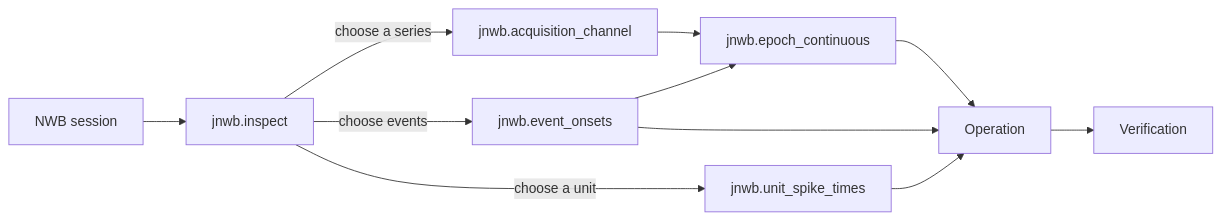
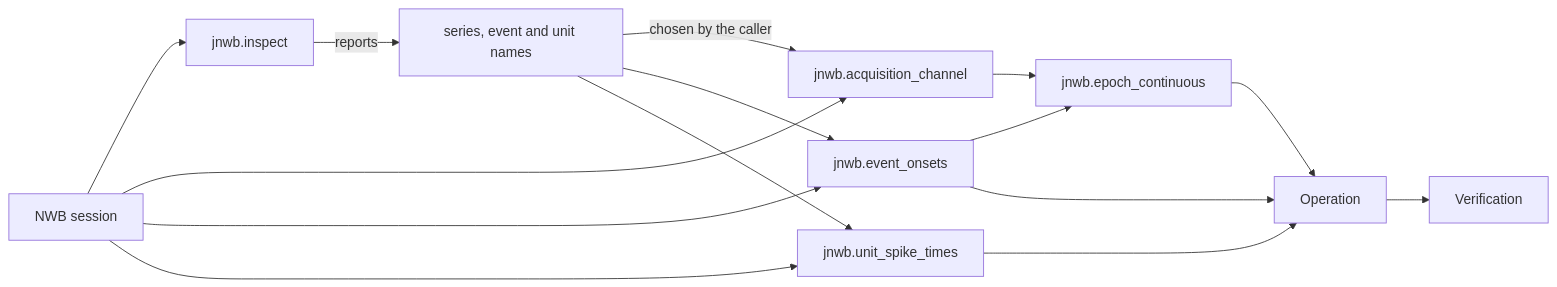
Before and after one commit to HNXJ/jnwb: the fourth of 5 diagrams in docs/architecture.md, drawn with Mermaid. The commit also changed other lines of this file and 12 other files, not shown here.

````diff
--- a/docs/architecture.md
+++ b/docs/architecture.md
@@ -68,13 +69,17 @@
 ```mermaid
 graph LR
     F[NWB session] --> I[jnwb.inspect]
-    I -->|choose a series| A[jnwb.acquisition_channel]
-    I -->|choose events| E[jnwb.event_onsets]
-    I -->|choose a unit| U[jnwb.unit_spike_times]
+    I -->|reports| N[series, event and unit names]
+    F --> A[jnwb.acquisition_channel]
+    F --> E[jnwb.event_onsets]
+    F --> U[jnwb.unit_spike_times]
+    N -->|chosen by the caller| A
+    N --> E
+    N --> U
     A --> EP[jnwb.epoch_continuous]
     E --> EP
     E --> O[Operation]
     U --> O
     EP --> O
     O --> V[Verification]
 ```
````
